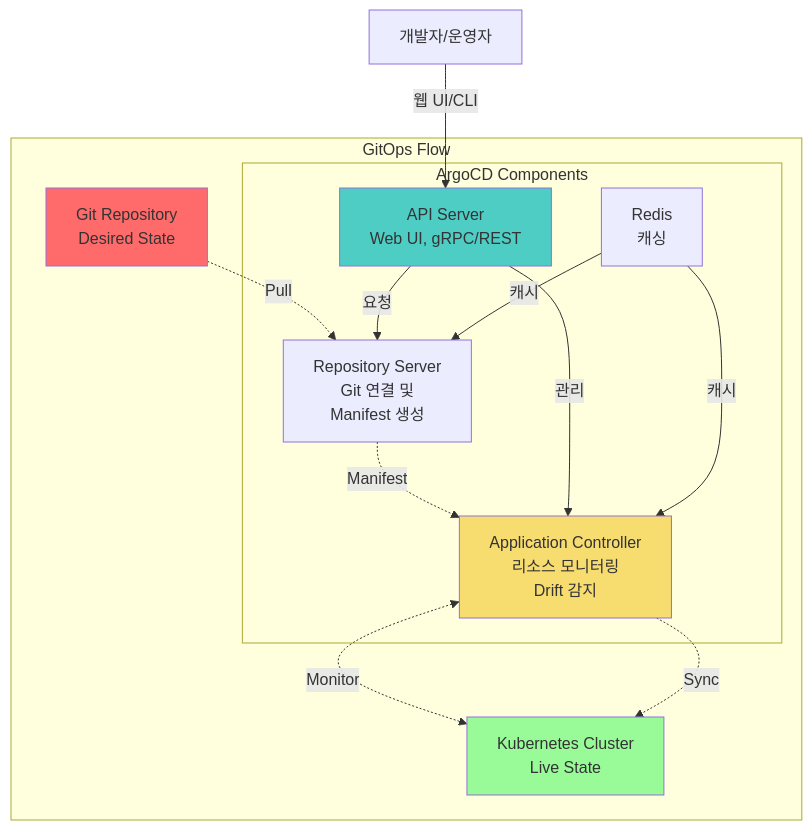
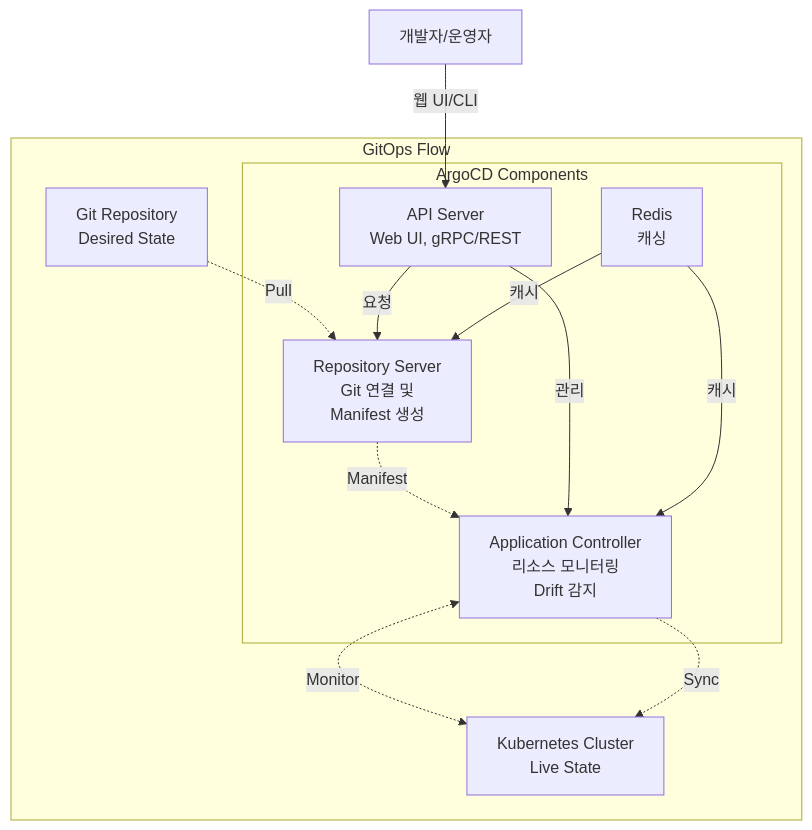
One commit to juwon8891/juwon8891.github.io changed the sixth of 11 diagrams in docs/cicd/week3-jenkins-argocd.md. Above: the diagram before and after it, drawn with Mermaid. The commit also changed other lines of this file and 18 other files, not shown here.

Commit message:
Remove bright colors from Mermaid diagrams for dark mode compatibility

````diff
--- a/docs/cicd/week3-jenkins-argocd.md
+++ b/docs/cicd/week3-jenkins-argocd.md
@@ -1086,32 +1065,28 @@
 ```mermaid
 graph TB
     subgraph "GitOps Flow"
         GIT[Git Repository<br/>Desired State]
 
         subgraph "ArgoCD Components"
             API[API Server<br/>Web UI, gRPC/REST]
             REPO[Repository Server<br/>Git 연결 및<br/>Manifest 생성]
             CTRL[Application Controller<br/>리소스 모니터링<br/>Drift 감지]
             REDIS[Redis<br/>캐싱]
         end
 
         K8S[Kubernetes Cluster<br/>Live State]
     end
 
     GIT -.Pull.-> REPO
     REPO -.Manifest.-> CTRL
     CTRL <-.Monitor.-> K8S
     CTRL -.Sync.-> K8S
 
     API -->|관리| CTRL
     API -->|요청| REPO
     REDIS -->|캐시| REPO
     REDIS -->|캐시| CTRL
 
     USER[개발자/운영자] -->|웹 UI/CLI| API
 
-    style GIT fill:#FF6B6B
-    style API fill:#4ECDC4
-    style CTRL fill:#F7DC6F
-    style K8S fill:#98FB98
 ```
````
